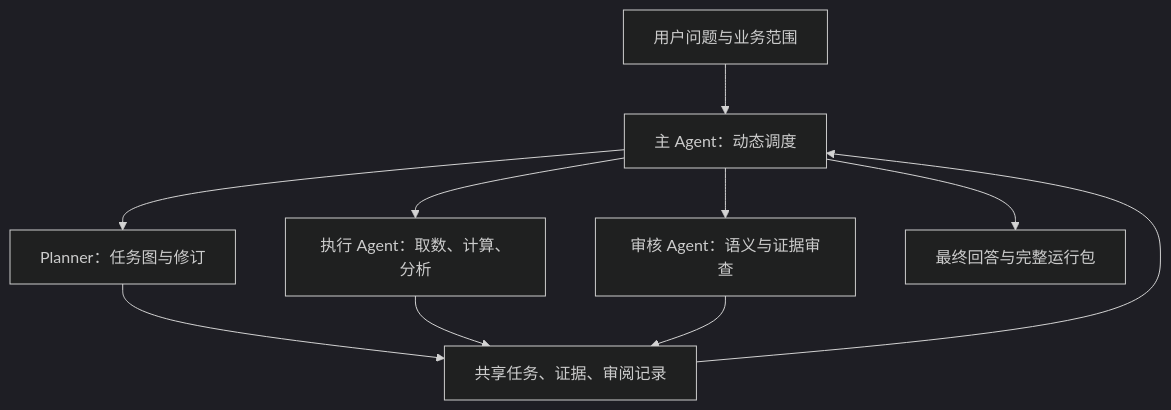
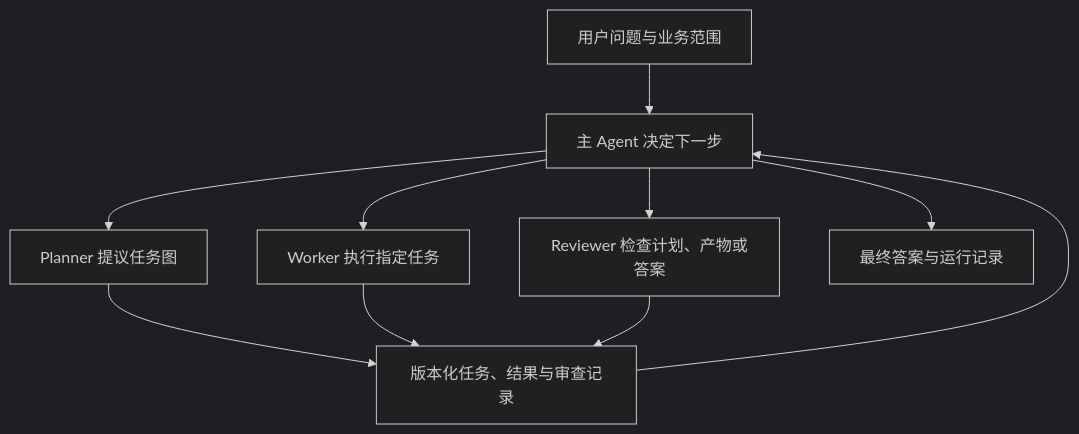
Before and after one commit to 6xiaoyan/finsights: the first of 3 diagrams in 面试文档/04_主Agent调度与可审查推理架构.md, drawn with Mermaid (dark theme). The commit also changed other lines of this file and 31 other files, not shown here.

````diff
--- a/面试文档/04_主Agent调度与可审查推理架构.md
+++ b/面试文档/04_主Agent调度与可审查推理架构.md
@@ -49,12 +45,12 @@
 ```mermaid
 flowchart TD
-    U[用户问题与业务范围] --> M[主 Agent：动态调度]
-    M --> P[Planner：任务图与修订]
-    M --> W[执行 Agent：取数、计算、分析]
-    M --> R[审核 Agent：语义与证据审查]
-    P --> S[共享任务、证据、审阅记录]
+    U[用户问题与业务范围] --> M[主 Agent 决定下一步]
+    M --> P[Planner 提议任务图]
+    M --> W[Worker 执行指定任务]
+    M --> R[Reviewer 检查计划、产物或答案]
+    P --> S[版本化任务、结果与审查记录]
     W --> S
     R --> S
     S --> M
-    M --> F[最终回答与完整运行包]
+    M --> F[最终答案与运行记录]
 ```
````
